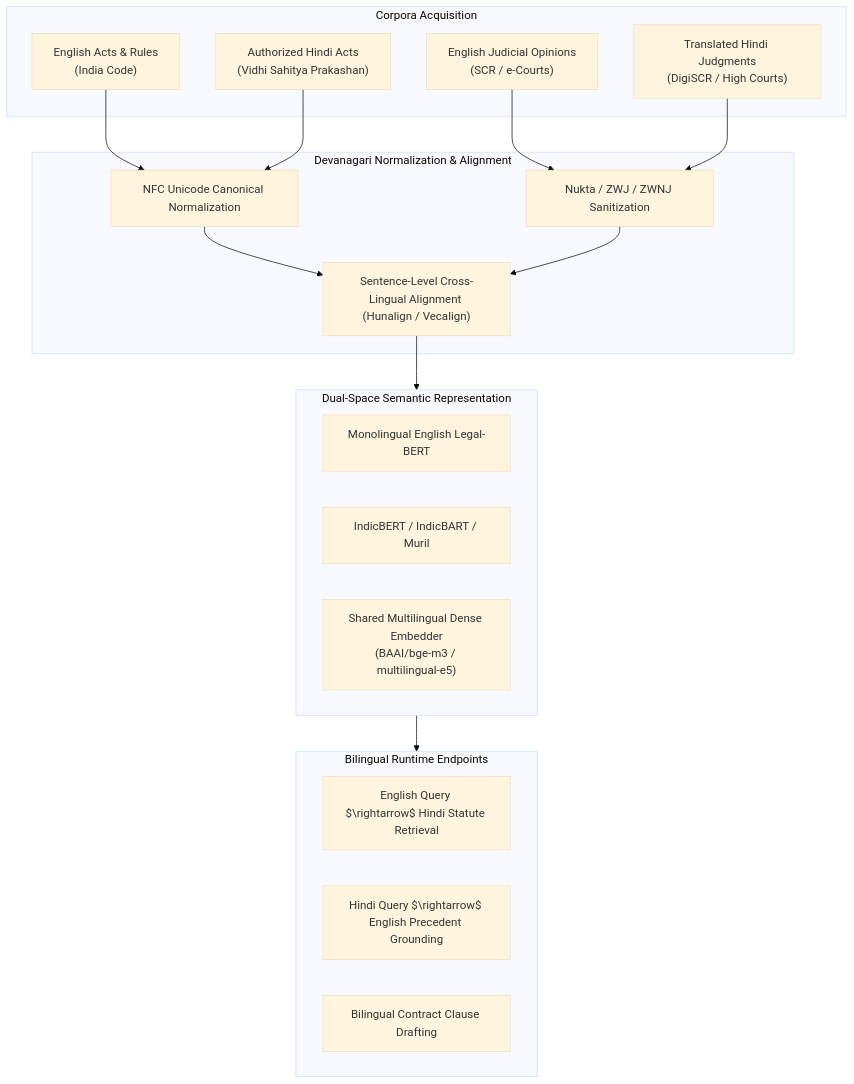
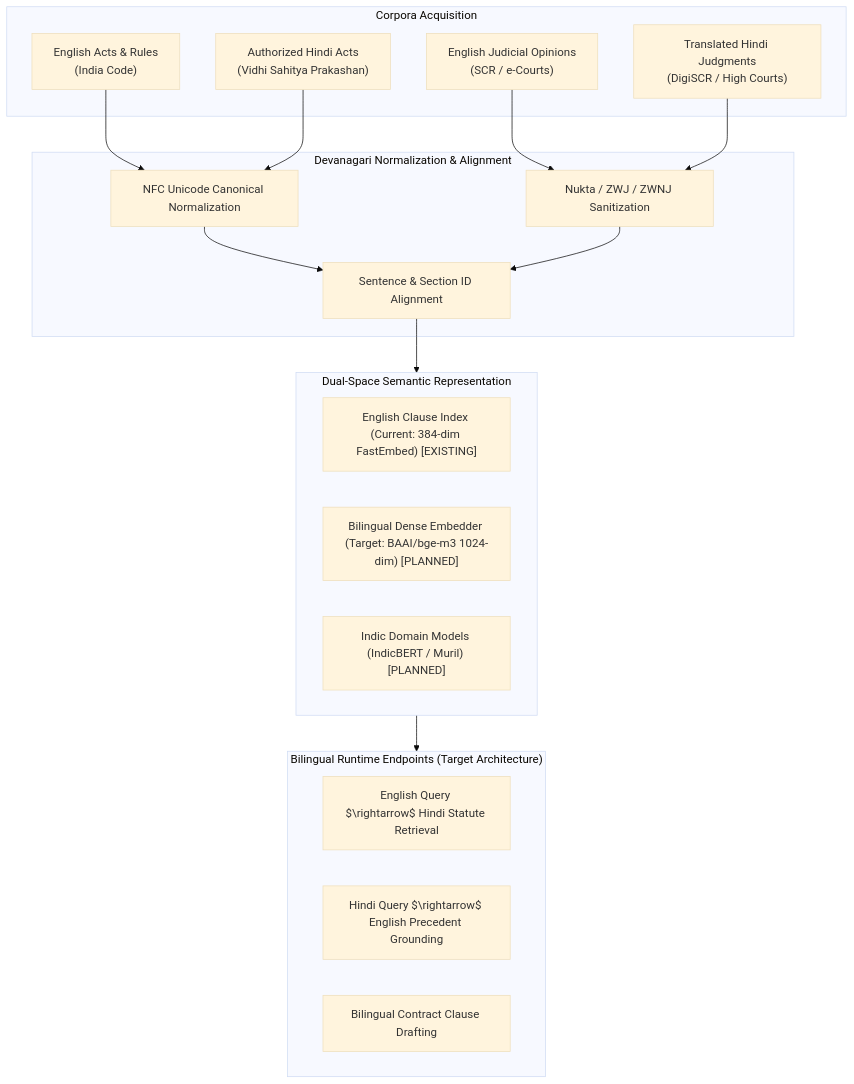
One commit to Yatharthnagpal/review changed the first of 2 diagrams in 07_BILINGUAL_DATA_STRATEGY.md. Above: the diagram before and after it, drawn with Mermaid (base theme). The commit also changed other lines of this file and 18 other files, not shown here.

````diff
--- a/07_BILINGUAL_DATA_STRATEGY.md
+++ b/07_BILINGUAL_DATA_STRATEGY.md
@@ -21,33 +22,33 @@
 ```mermaid
 flowchart TD
     subgraph Corpora["Corpora Acquisition"]
         EnStat["English Acts & Rules<br/>(India Code)"]
         HiStat["Authorized Hindi Acts<br/>(Vidhi Sahitya Prakashan)"]
         EnJudg["English Judicial Opinions<br/>(SCR / e-Courts)"]
         HiJudg["Translated Hindi Judgments<br/>(DigiSCR / High Courts)"]
     end
 
     subgraph Normalization["Devanagari Normalization & Alignment"]
         N1["NFC Unicode Canonical Normalization"]
         N2["Nukta / ZWJ / ZWNJ Sanitization"]
-        N3["Sentence-Level Cross-Lingual Alignment (Hunalign / Vecalign)"]
+        N3["Sentence & Section ID Alignment"]
     end
 
     subgraph Representation["Dual-Space Semantic Representation"]
-        R1["Monolingual English Legal-BERT"]
-        R2["IndicBERT / IndicBART / Muril"]
-        R3["Shared Multilingual Dense Embedder<br/>(BAAI/bge-m3 / multilingual-e5)"]
+        R1["English Clause Index (Current: 384-dim FastEmbed) [EXISTING]"]
+        R2["Bilingual Dense Embedder (Target: BAAI/bge-m3 1024-dim) [PLANNED]"]
+        R3["Indic Domain Models (IndicBERT / Muril) [PLANNED]"]
     end
 
-    subgraph Serving["Bilingual Runtime Endpoints"]
+    subgraph Serving["Bilingual Runtime Endpoints (Target Architecture)"]
         S1["English Query $\rightarrow$ Hindi Statute Retrieval"]
         S2["Hindi Query $\rightarrow$ English Precedent Grounding"]
         S3["Bilingual Contract Clause Drafting"]
     end
 
     EnStat & HiStat --> N1
     EnJudg & HiJudg --> N2
     N1 & N2 --> N3
     N3 --> Representation
     Representation --> Serving
 ```
````
